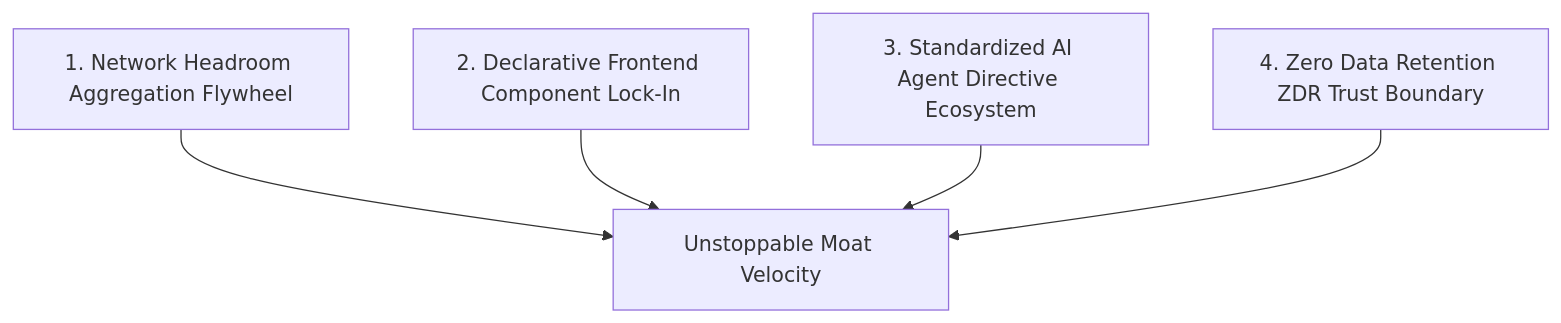
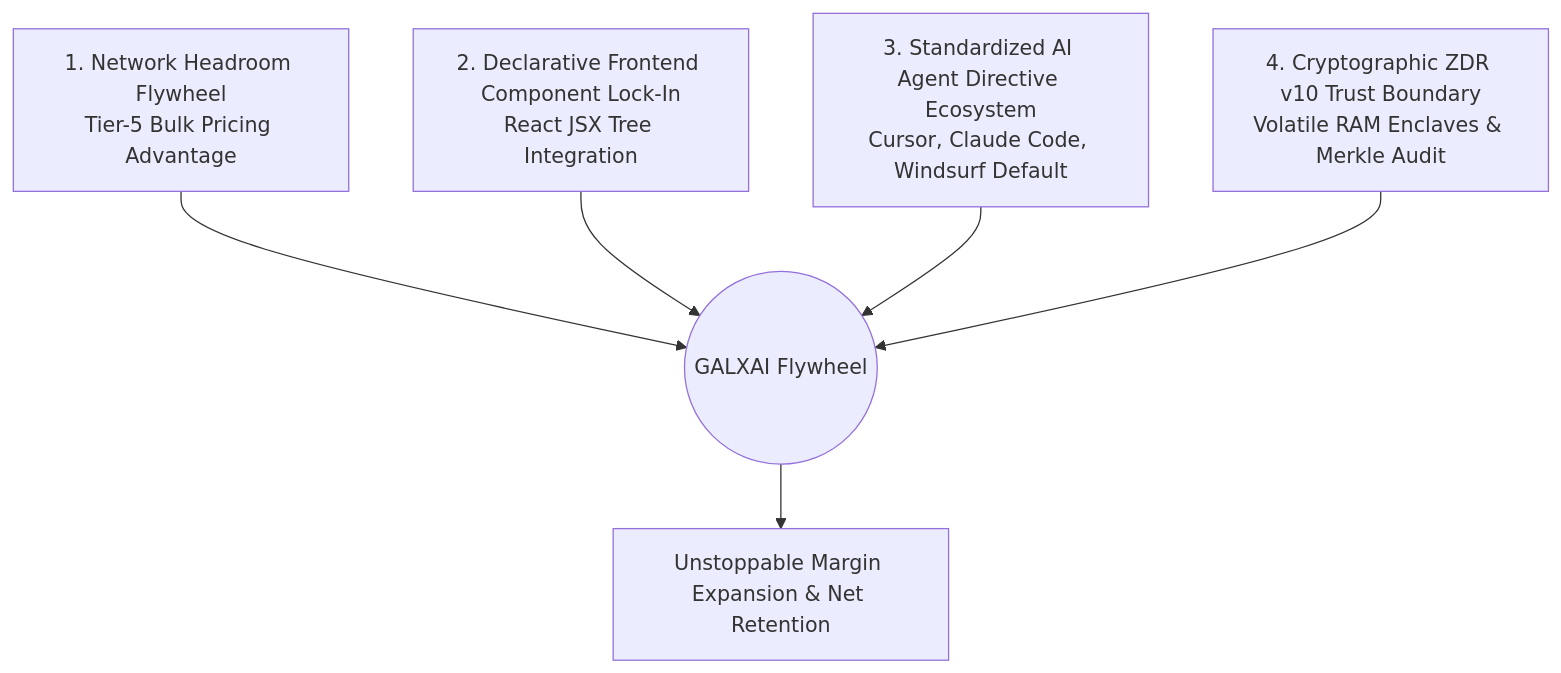
The diagram in docs/investors/05_COMPETITIVE_LANDSCAPE_AND_MOATS.md (CardSorting/GALXAI), drawn with Mermaid before and after one commit. The commit also changed other lines of this file and 19 other files, not shown here.

````diff
--- a/docs/investors/05_COMPETITIVE_LANDSCAPE_AND_MOATS.md
+++ b/docs/investors/05_COMPETITIVE_LANDSCAPE_AND_MOATS.md
@@ -48,7 +56,8 @@
 ```mermaid
-graph TD
-    M1[1. Network Headroom Aggregation Flywheel] --> Flywheel[Unstoppable Moat Velocity]
-    M2[2. Declarative Frontend Component Lock-In] --> Flywheel
-    M3[3. Standardized AI Agent Directive Ecosystem] --> Flywheel
-    M4[4. Zero Data Retention ZDR Trust Boundary] --> Flywheel
+flowchart TD
+    M1[1. Network Headroom Flywheel\nTier-5 Bulk Pricing Advantage] --> Flywheel((GALXAI Flywheel))
+    M2[2. Declarative Frontend Component Lock-In\nReact JSX Tree Integration] --> Flywheel
+    M3[3. Standardized AI Agent Directive Ecosystem\nCursor, Claude Code, Windsurf Default] --> Flywheel
+    M4[4. Cryptographic ZDR v10 Trust Boundary\nVolatile RAM Enclaves & Merkle Audit] --> Flywheel
+    Flywheel --> Outperform[Unstoppable Margin Expansion & Net Retention]
 ```
````
